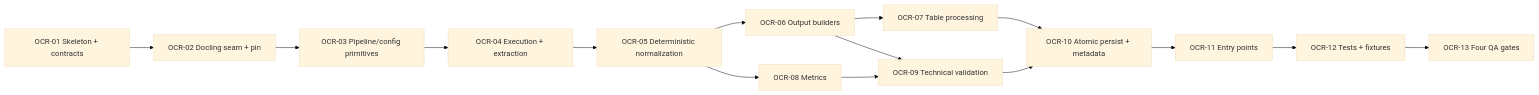
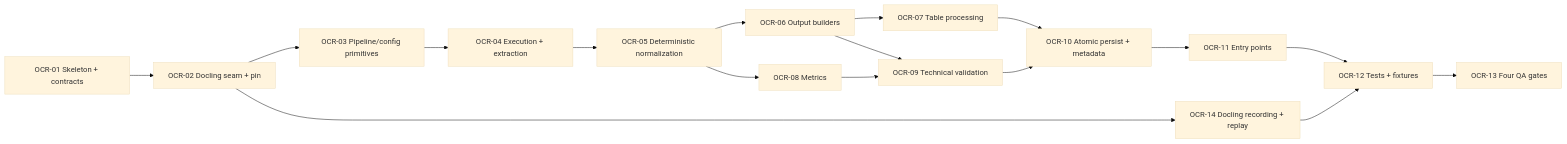
One commit to mariogarcia-ar/docflow changed the diagram in docs/plan/issues/wbs-procesador-ocr.md. Above: the diagram before and after it, drawn with Mermaid (base theme). The commit also changed other lines of this file and 11 other files, not shown here.

First line of the commit message:
Enhance PDF, Image, OCR, and LLM processors with recording and replay mechanisms

````diff
--- a/docs/plan/issues/wbs-procesador-ocr.md
+++ b/docs/plan/issues/wbs-procesador-ocr.md
@@ -257,17 +297,19 @@
 ```mermaid
 flowchart LR
     OCR01["OCR-01 Skeleton + contracts"] --> OCR02["OCR-02 Docling seam + pin"]
     OCR02 --> OCR03["OCR-03 Pipeline/config primitives"]
     OCR03 --> OCR04["OCR-04 Execution + extraction"]
     OCR04 --> OCR05["OCR-05 Deterministic normalization"]
     OCR05 --> OCR06["OCR-06 Output builders"]
     OCR05 --> OCR08["OCR-08 Metrics"]
     OCR06 --> OCR07["OCR-07 Table processing"]
     OCR06 --> OCR09["OCR-09 Technical validation"]
     OCR08 --> OCR09
     OCR07 --> OCR10["OCR-10 Atomic persist + metadata"]
     OCR09 --> OCR10
     OCR10 --> OCR11["OCR-11 Entry points"]
     OCR11 --> OCR12["OCR-12 Tests + fixtures"]
     OCR12 --> OCR13["OCR-13 Four QA gates"]
+    OCR02 --> OCR14["OCR-14 Docling recording + replay"]
+    OCR14 --> OCR12
 ```
````
